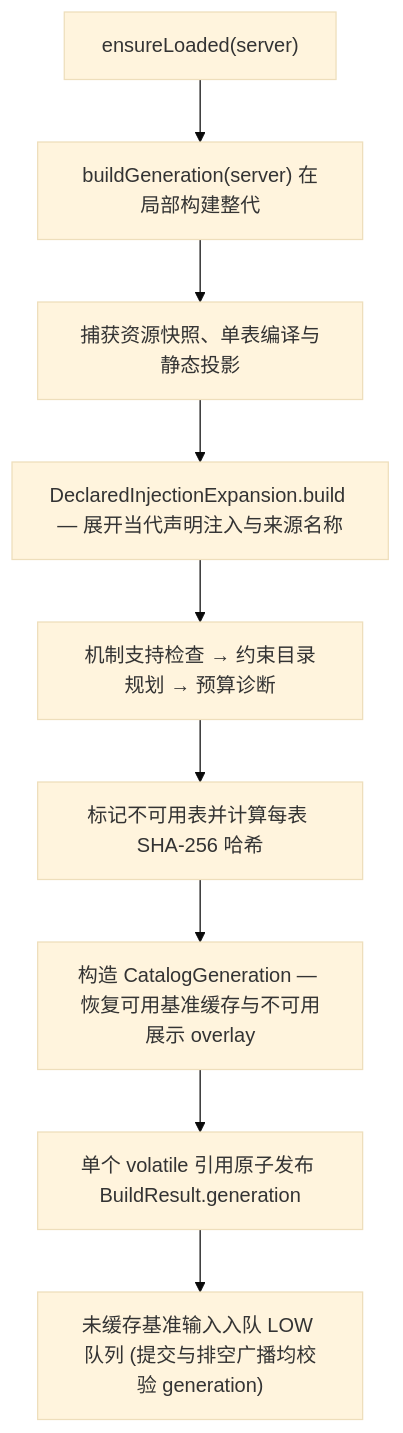
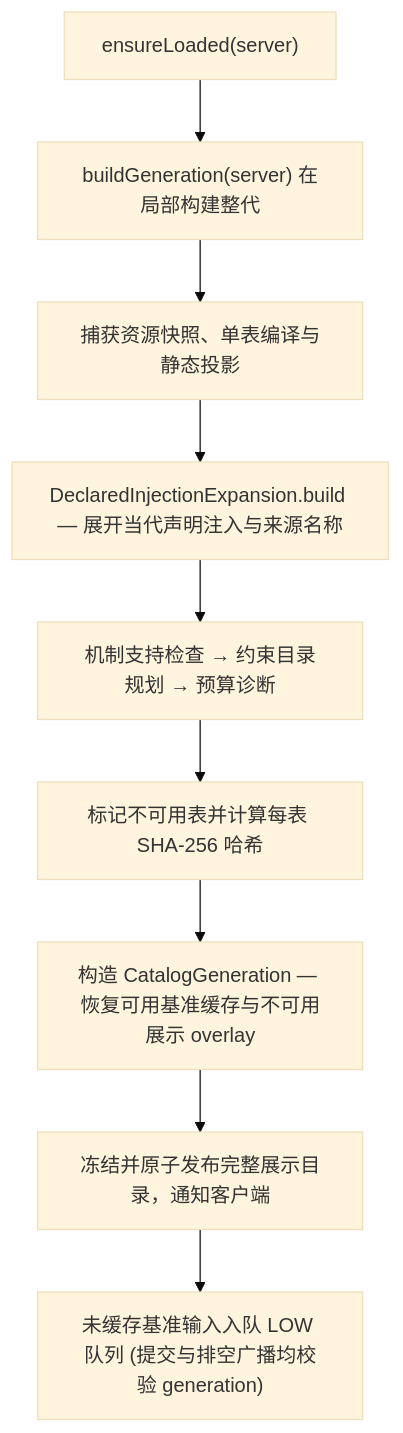
Before and after one commit to meteoritel/unsuspicious-block: the diagram in docs/dev/internals/journal-catalog-build.md, drawn with Mermaid (base theme). The commit also changed other lines of this file and 13 other files, not shown here.

````diff
--- a/docs/dev/internals/journal-catalog-build.md
+++ b/docs/dev/internals/journal-catalog-build.md
@@ -10,11 +10,11 @@
 ```mermaid
 flowchart TD
     Start["ensureLoaded(server)"] --> Build["buildGeneration(server) 在局部构建整代"]
     Build --> S1["捕获资源快照、单表编译与静态投影"]
     S1 --> S2["DeclaredInjectionExpansion.build — 展开当代声明注入与来源名称"]
     S2 --> S3["机制支持检查 → 约束目录规划 → 预算诊断"]
     S3 --> S4["标记不可用表并计算每表 SHA-256 哈希"]
     S4 --> S5["构造 CatalogGeneration — 恢复可用基准缓存与不可用展示 overlay"]
-    S5 --> Pub["单个 volatile 引用原子发布 BuildResult.generation"]
+    S5 --> Pub["冻结并原子发布完整展示目录，通知客户端"]
     Pub --> Queue["未缓存基准输入入队 LOW 队列 (提交与排空广播均校验 generation)"]
 ```
````
